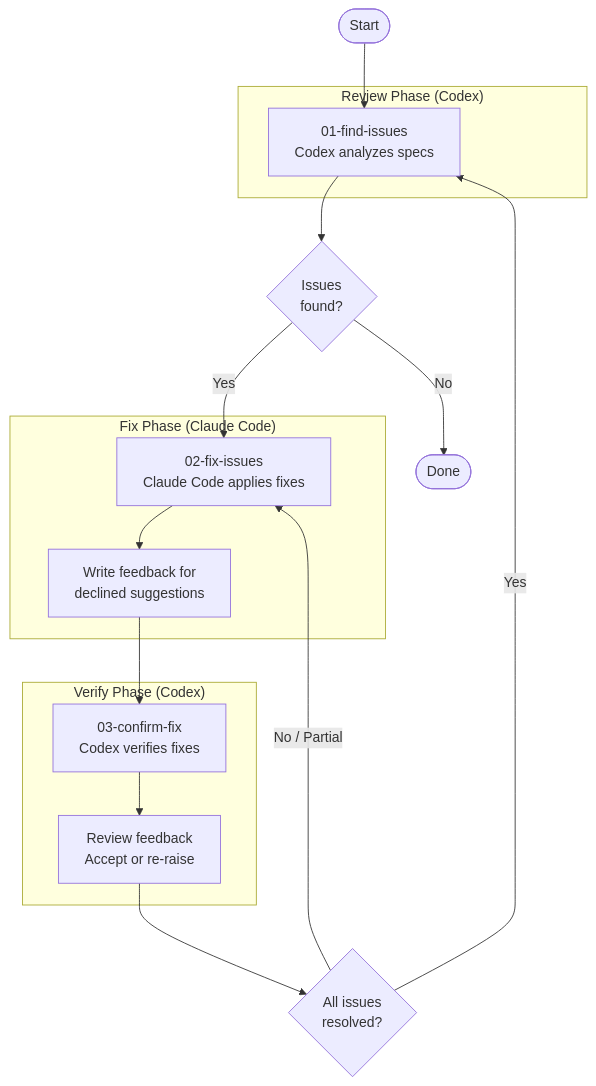
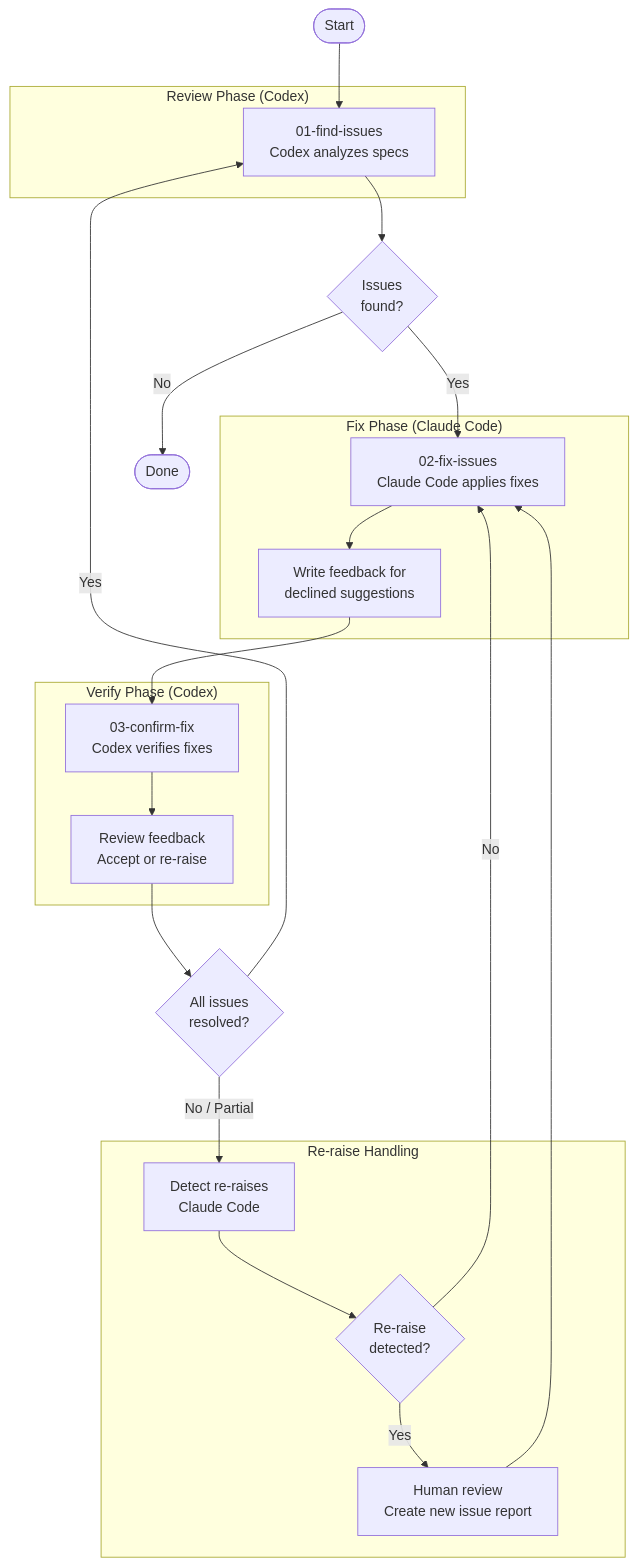
The diagram in docs/en/spec-review-loop/architect/spec-review-loop.md (bianbianzhu/claude-code-utilities), drawn with Mermaid before and after one commit. The commit also changed other lines of this file and 1 other file, not shown here.

First line of the commit message:
📝 docs: document re-raise detection flow and human-approved declines

````diff
--- a/docs/en/spec-review-loop/architect/spec-review-loop.md
+++ b/docs/en/spec-review-loop/architect/spec-review-loop.md
@@ -7,28 +7,36 @@
 ```mermaid
 flowchart TD
     START([Start]) --> FIND
 
     subgraph REVIEW ["Review Phase (Codex)"]
         FIND[01-find-issues<br/>Codex analyzes specs]
     end
 
     FIND --> ISSUES{Issues<br/>found?}
     ISSUES -->|No| DONE([Done])
     ISSUES -->|Yes| FIX
 
     subgraph FIXING ["Fix Phase (Claude Code)"]
         FIX[02-fix-issues<br/>Claude Code applies fixes]
         FIX --> FEEDBACK[Write feedback for<br/>declined suggestions]
     end
 
     FEEDBACK --> CONFIRM
 
     subgraph VERIFY ["Verify Phase (Codex)"]
         CONFIRM[03-confirm-fix<br/>Codex verifies fixes]
         CONFIRM --> REVIEW_FB[Review feedback<br/>Accept or re-raise]
     end
 
     REVIEW_FB --> FIXED{All issues<br/>resolved?}
-    FIXED -->|No / Partial| FIX
     FIXED -->|Yes| FIND
+
+    FIXED -->|No / Partial| RERAISE
+    subgraph RERAISE_FLOW ["Re-raise Handling"]
+        RERAISE[Detect re-raises<br/>Claude Code]
+        RERAISE --> HUMAN{Re-raise<br/>detected?}
+        HUMAN -->|No| FIX
+        HUMAN -->|Yes| OVERRIDE[Human review<br/>Create new issue report]
+        OVERRIDE --> FIX
+    end
 ```
````
